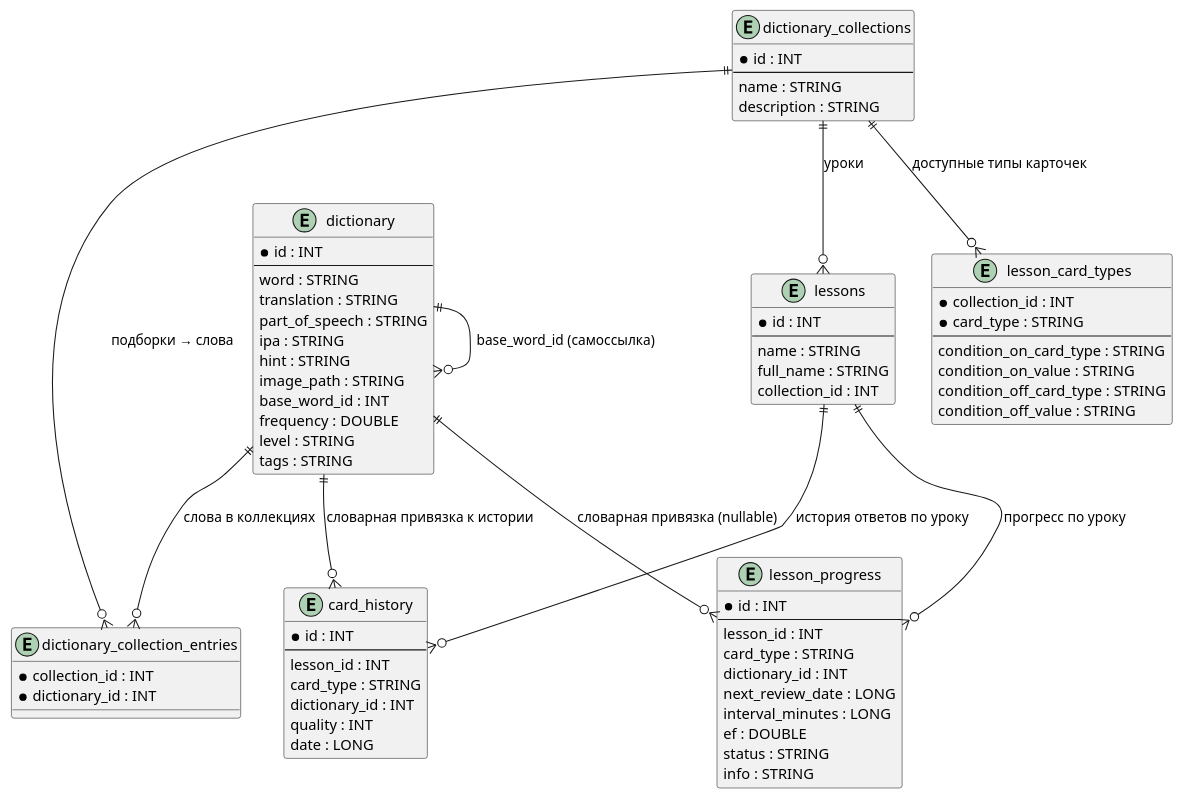
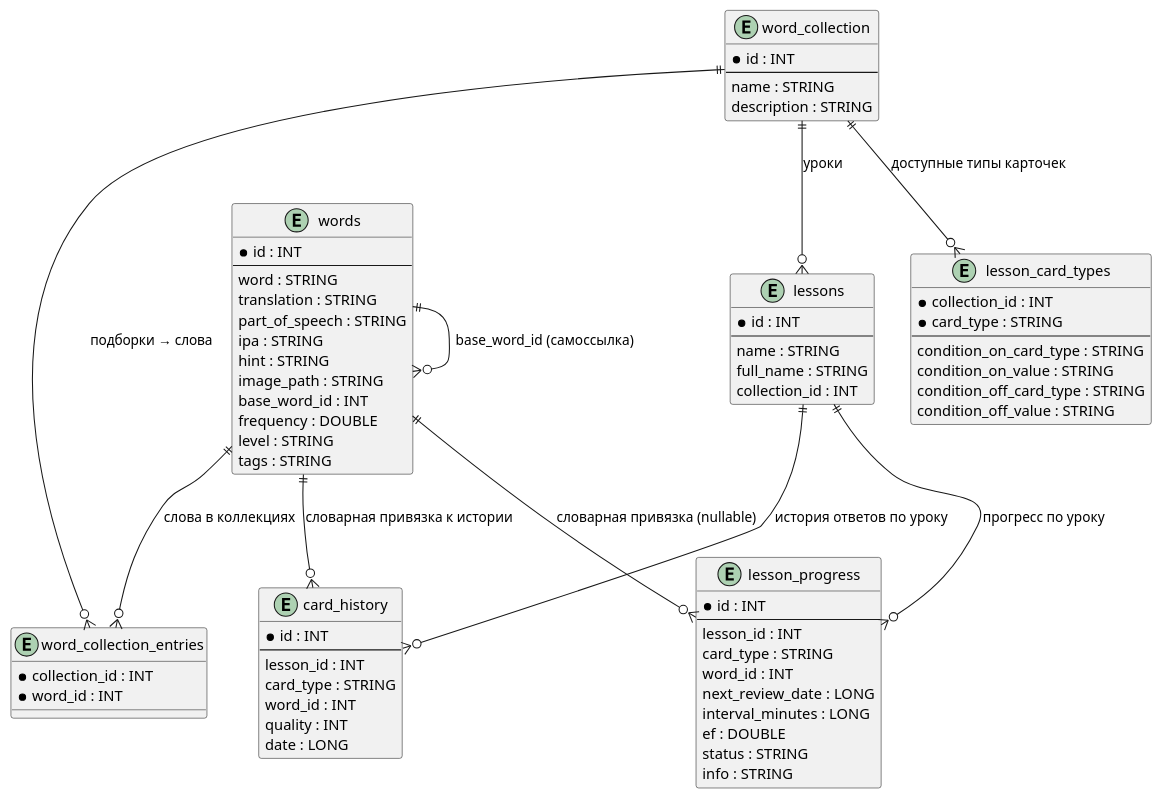
The diagram in documentation/data/er_diagram.puml (mrSaydron/Tala), drawn with PlantUML before and after one commit. The commit also changed 79 other files, not shown here.

```diff
--- a/documentation/data/er_diagram.puml
+++ b/documentation/data/er_diagram.puml
@@ -1,81 +1,81 @@
 @startuml
 ' ER-диаграмма Tala (PlantUML)
 
-entity dictionary {
+entity words {
   *id : INT
   --
   word : STRING
   translation : STRING
   part_of_speech : STRING
   ipa : STRING
   hint : STRING
   image_path : STRING
   base_word_id : INT
   frequency : DOUBLE
   level : STRING
   tags : STRING
 }
 
-entity dictionary_collections {
+entity word_collection {
   *id : INT
   --
   name : STRING
   description : STRING
 }
 
-entity dictionary_collection_entries {
+entity word_collection_entries {
   *collection_id : INT
-  *dictionary_id : INT
+  *word_id : INT
 }
 
 entity lessons {
   *id : INT
   --
   name : STRING
   full_name : STRING
   collection_id : INT
 }
 
 entity lesson_card_types {
   *collection_id : INT
   *card_type : STRING
   --
   condition_on_card_type : STRING
   condition_on_value : STRING
   condition_off_card_type : STRING
   condition_off_value : STRING
 }
 
 entity lesson_progress {
   *id : INT
   --
   lesson_id : INT
   card_type : STRING
-  dictionary_id : INT
+  word_id : INT
   next_review_date : LONG
   interval_minutes : LONG
   ef : DOUBLE
   status : STRING
   info : STRING
 }
 
 entity card_history {
   *id : INT
   --
   lesson_id : INT
   card_type : STRING
-  dictionary_id : INT
+  word_id : INT
   quality : INT
   date : LONG
 }
 
-dictionary ||--o{ dictionary : "base_word_id (самоссылка)"
-dictionary ||--o{ dictionary_collection_entries : "слова в коллекциях"
-dictionary_collections ||--o{ dictionary_collection_entries : "подборки → слова"
-dictionary_collections ||--o{ lessons : "уроки"
-dictionary_collections ||--o{ lesson_card_types : "доступные типы карточек"
+words ||--o{ words : "base_word_id (самоссылка)"
+words ||--o{ word_collection_entries : "слова в коллекциях"
+word_collection ||--o{ word_collection_entries : "подборки → слова"
+word_collection ||--o{ lessons : "уроки"
+word_collection ||--o{ lesson_card_types : "доступные типы карточек"
 lessons ||--o{ lesson_progress : "прогресс по уроку"
-dictionary ||--o{ lesson_progress : "словарная привязка (nullable)"
+words ||--o{ lesson_progress : "словарная привязка (nullable)"
 lessons ||--o{ card_history : "история ответов по уроку"
-dictionary ||--o{ card_history : "словарная привязка к истории"
+words ||--o{ card_history : "словарная привязка к истории"
 @enduml
```
